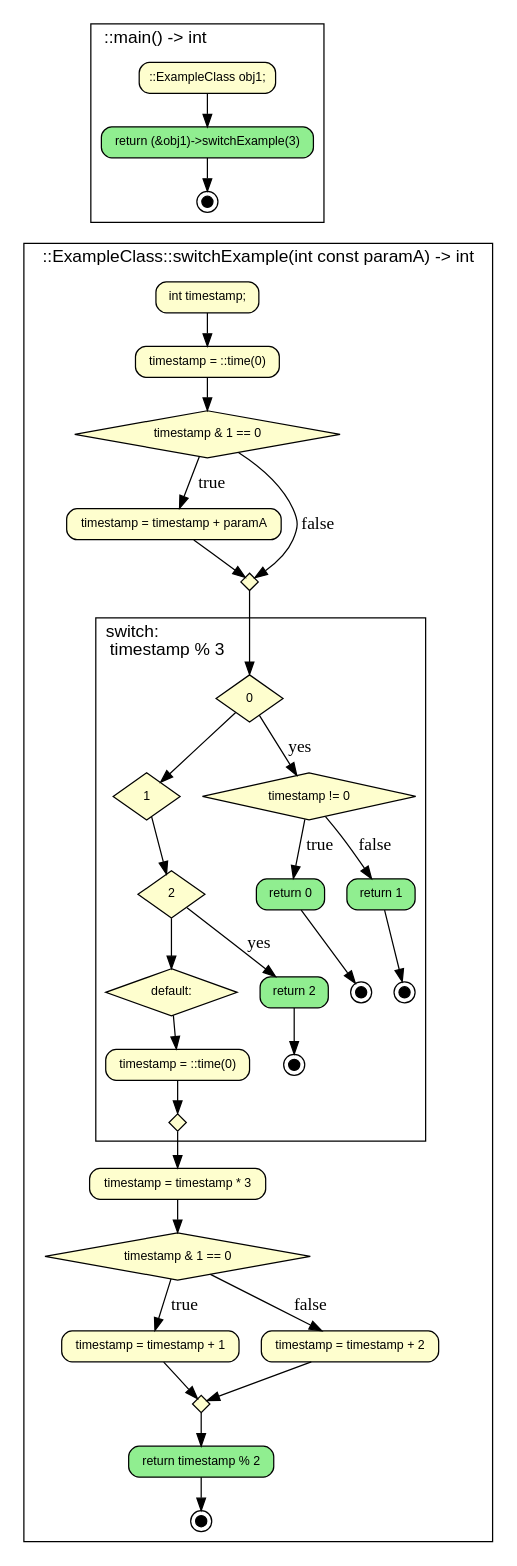
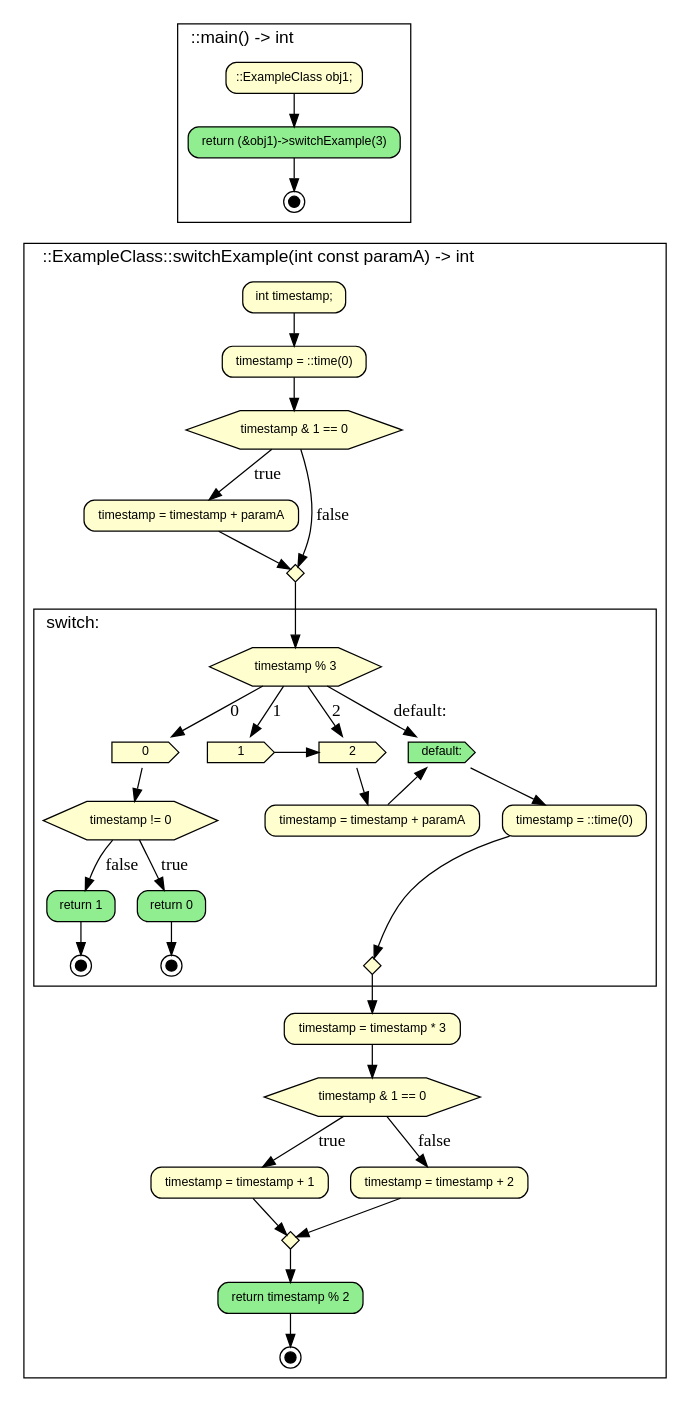
One commit to anetczuk/gcc-uml changed the diagram in examples/ctrlflowgraph/ctrl_sample.cpp.dot. Above: the diagram before and after it, drawn with Graphviz. The commit also changed 10 other files, not shown here.

```diff
--- a/examples/ctrlflowgraph/ctrl_sample.cpp.dot
+++ b/examples/ctrlflowgraph/ctrl_sample.cpp.dot
@@ -1,70 +1,104 @@
 digraph {
 	fontname="SansSerif,sans-serif" labeljust=l nojustify=true ranksep=0.35
 	node [fillcolor="#fefece" fontname="SansSerif,sans-serif" fontsize=10 height=0.35 shape=box style="filled, rounded"]
 	subgraph cluster_item_0 {
 		graph [label="::main() -> int"]
 		item_1 [label="::ExampleClass obj1;"]
 		item_2 [label="return (&obj1)->switchExample(3)" fillcolor=lightgreen]
 		item_3 [label="" fillcolor=black fixedsize=true height=0.12 shape=doublecircle size=0.1 width=0.12]
 		item_2 -> item_3
 		item_1 -> item_2
 	}
 	subgraph cluster_item_4 {
 		graph [label="::ExampleClass::switchExample(int const paramA) -> int"]
 		item_5 [label="int timestamp;"]
 		item_6 [label="timestamp = ::time(0)"]
 		item_5 -> item_6
-		item_7 [label="timestamp & 1 == 0" shape=diamond style=filled]
+		item_7 [label="timestamp & 1 == 0" shape=hexagon style=filled]
 		item_8 [label="timestamp = timestamp + paramA"]
 		item_7 -> item_8 [label=true]
 		item_8 -> item_9
 		item_7 -> item_9 [label=false]
 		item_9 [label="" height=0.2 shape=diamond style=filled width=0.2]
 		item_6 -> item_7
 		subgraph cluster_item_10 {
-			graph [label="switch:\ltimestamp % 3"]
-			item_12 [label=0 shape=diamond style=filled]
-			item_13 [label=1 shape=diamond style=filled]
-			item_12 -> item_13
-			item_14 [label=2 shape=diamond style=filled]
-			item_13 -> item_14
-			item_15 [label="default:" shape=diamond style=filled]
+			graph [label="switch:"]
+			switch_start_item_11 [label="timestamp % 3" ordering=out shape=hexagon style=filled]
+			item_13 [label=0 shape=cds style=filled]
+			item_13 [label=0 shape=cds style=filled]
+			switch_start_item_11 -> item_13 [label=0]
+			item_14 [label=1 shape=cds style=filled]
+			item_14 [label=1 shape=cds style=filled]
+			switch_start_item_11 -> item_14 [label=1]
+			item_15 [label=2 shape=cds style=filled]
+			item_15 [label=2 shape=cds style=filled]
+			switch_start_item_11 -> item_15 [label=2]
+			item_16 [label="default:" fillcolor=lightgreen shape=cds style=filled]
+			switch_start_item_11 -> item_16 [label="default:"]
+			item_17 [label="timestamp != 0" shape=hexagon style=filled]
+			item_18 [label="return 0" fillcolor=lightgreen]
+			item_19 [label="" fillcolor=black fixedsize=true height=0.12 shape=doublecircle size=0.1 width=0.12]
+			item_18 -> item_19
+			item_20 [label="return 1" fillcolor=lightgreen]
+			item_21 [label="" fillcolor=black fixedsize=true height=0.12 shape=doublecircle size=0.1 width=0.12]
+			item_20 -> item_21
+			item_17 -> item_18 [label=true]
+			item_17 -> item_20 [label=false]
+			item_13 -> item_17
+			switch_anchor_item_23 [label="" height=0.0 margin=0 shape=none style="" width=0.0]
+			item_17 -> switch_anchor_item_23 [style=invis]
 			item_14 -> item_15
-			item_16 [label="timestamp != 0" shape=diamond style=filled]
-			item_17 [label="return 0" fillcolor=lightgreen]
-			item_18 [label="" fillcolor=black fixedsize=true height=0.12 shape=doublecircle size=0.1 width=0.12]
-			item_17 -> item_18
-			item_19 [label="return 1" fillcolor=lightgreen]
-			item_20 [label="" fillcolor=black fixedsize=true height=0.12 shape=doublecircle size=0.1 width=0.12]
-			item_19 -> item_20
-			item_16 -> item_17 [label=true]
-			item_16 -> item_19 [label=false]
-			item_12 -> item_16 [label=yes]
-			item_22 [label="return 2" fillcolor=lightgreen]
-			item_23 [label="" fillcolor=black fixedsize=true height=0.12 shape=doublecircle size=0.1 width=0.12]
-			item_22 -> item_23
-			item_14 -> item_22 [label=yes]
-			item_24 [label="timestamp = ::time(0)"]
-			item_15 -> item_24
-			item_24 -> item_11
-			item_11 [label="" height=0.2 shape=diamond style=filled width=0.2]
+			switch_anchor_item_24 [label="" height=0.0 margin=0 shape=none style="" width=0.0]
+			item_14 -> switch_anchor_item_24 [style=invis]
+			item_25 [label="timestamp = timestamp + paramA"]
+			item_15 -> item_25
+			item_25 -> item_16
+			switch_anchor_item_26 [label="" height=0.0 margin=0 shape=none style="" width=0.0]
+			item_25 -> switch_anchor_item_26 [style=invis]
+			item_27 [label="timestamp = ::time(0)"]
+			item_16 -> item_27
+			switch_anchor_item_28 [label="" height=0.0 margin=0 shape=none style="" width=0.0]
+			item_27 -> switch_anchor_item_28 [style=invis]
+			switch_end_item_12 [label="" height=0.2 ordering=in shape=diamond style=filled width=0.2]
+			item_27 -> switch_end_item_12
+			switch_anchor_item_23 -> switch_end_item_12 [style=invis]
+			switch_anchor_item_24 -> switch_end_item_12 [style=invis]
+			switch_anchor_item_26 -> switch_end_item_12 [style=invis]
+			switch_anchor_item_28 -> switch_end_item_12 [style=invis]
+			{
+				rank=same
+				item_13
+				item_14
+				item_15
+				item_16
+			}
+			{
+				rank=same
+				switch_anchor_item_23
+				switch_anchor_item_24
+				switch_anchor_item_26
+				switch_anchor_item_28
+			}
+			switch_anchor_item_23 -> switch_anchor_item_24 [style=invis]
+			switch_anchor_item_24 -> switch_anchor_item_26 [style=invis]
+			switch_anchor_item_26 -> switch_anchor_item_28 [style=invis]
 		}
-		item_9 -> item_12
-		item_25 [label="timestamp = timestamp * 3"]
-		item_11 -> item_25
-		item_26 [label="timestamp & 1 == 0" shape=diamond style=filled]
-		item_27 [label="timestamp = timestamp + 1"]
-		item_28 [label="timestamp = timestamp + 2"]
-		item_26 -> item_27 [label=true]
-		item_27 -> item_29
-		item_26 -> item_28 [label=false]
-		item_28 -> item_29
-		item_29 [label="" height=0.2 shape=diamond style=filled width=0.2]
-		item_25 -> item_26
-		item_30 [label="return timestamp % 2" fillcolor=lightgreen]
-		item_31 [label="" fillcolor=black fixedsize=true height=0.12 shape=doublecircle size=0.1 width=0.12]
-		item_30 -> item_31
+		item_9 -> switch_start_item_11
+		item_29 [label="timestamp = timestamp * 3"]
+		switch_end_item_12 -> item_29
+		item_30 [label="timestamp & 1 == 0" shape=hexagon style=filled]
+		item_31 [label="timestamp = timestamp + 1"]
+		item_32 [label="timestamp = timestamp + 2"]
+		item_30 -> item_31 [label=true]
+		item_31 -> item_33
+		item_30 -> item_32 [label=false]
+		item_32 -> item_33
+		item_33 [label="" height=0.2 shape=diamond style=filled width=0.2]
 		item_29 -> item_30
+		item_34 [label="return timestamp % 2" fillcolor=lightgreen]
+		item_35 [label="" fillcolor=black fixedsize=true height=0.12 shape=doublecircle size=0.1 width=0.12]
+		item_34 -> item_35
+		item_33 -> item_34
 	}
 	item_3 -> item_5 [style=invis]
 }
```
